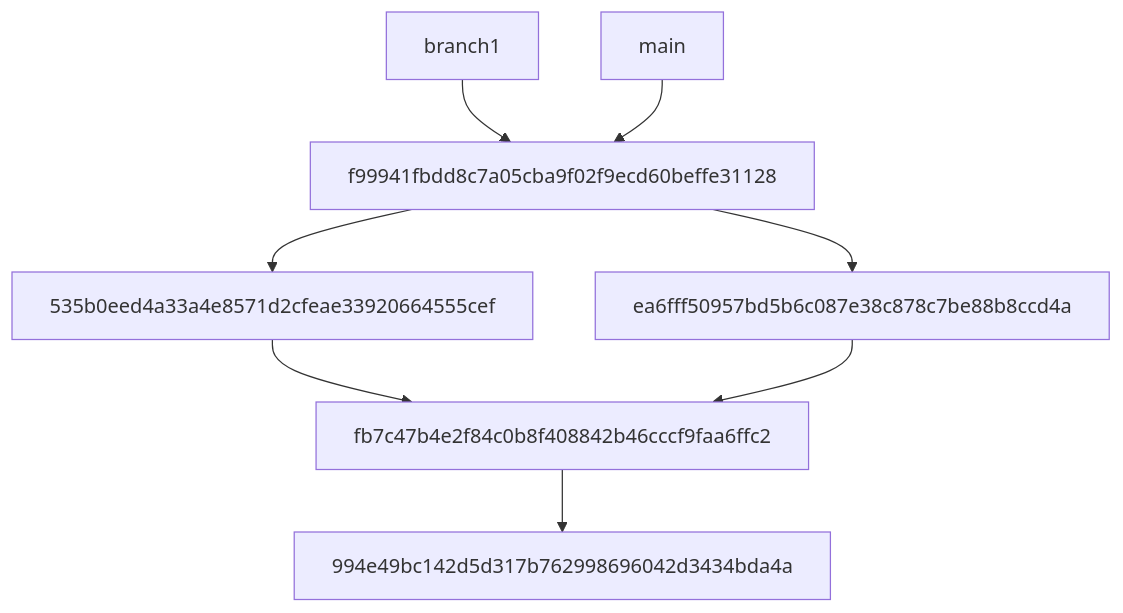
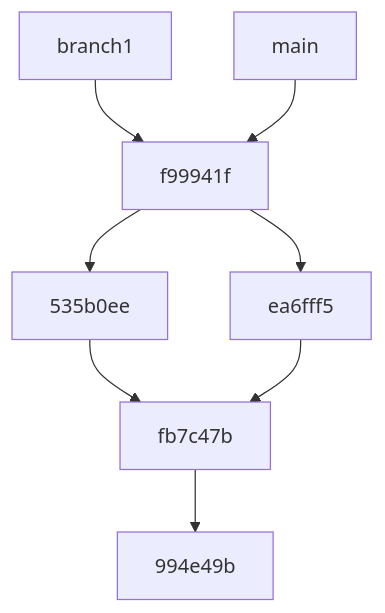
The diagram in out.md (tetraloba/GitLog2SVG), drawn with Mermaid before and after one commit. The commit also changed 4 other files, not shown here.

Commit message:
implement Mermaid to SVG and add <title> (Niobe)

````diff
--- a/out.md
+++ b/out.md
@@ -1,10 +1,10 @@
 ```mermaid
 graph
-    f99941fbdd8c7a05cba9f02f9ecd60beffe31128 --> 535b0eed4a33a4e8571d2cfeae33920664555cef
-    f99941fbdd8c7a05cba9f02f9ecd60beffe31128 --> ea6fff50957bd5b6c087e38c878c7be88b8ccd4a
-    535b0eed4a33a4e8571d2cfeae33920664555cef --> fb7c47b4e2f84c0b8f408842b46cccf9faa6ffc2
-    ea6fff50957bd5b6c087e38c878c7be88b8ccd4a --> fb7c47b4e2f84c0b8f408842b46cccf9faa6ffc2
-    fb7c47b4e2f84c0b8f408842b46cccf9faa6ffc2 --> 994e49bc142d5d317b762998696042d3434bda4a
-    branch1 --> f99941fbdd8c7a05cba9f02f9ecd60beffe31128
-    main --> f99941fbdd8c7a05cba9f02f9ecd60beffe31128
+    f99941f --> 535b0ee
+    f99941f --> ea6fff5
+    535b0ee --> fb7c47b
+    ea6fff5 --> fb7c47b
+    fb7c47b --> 994e49b
+    branch1 --> f99941f
+    main --> f99941f
 ```
````
